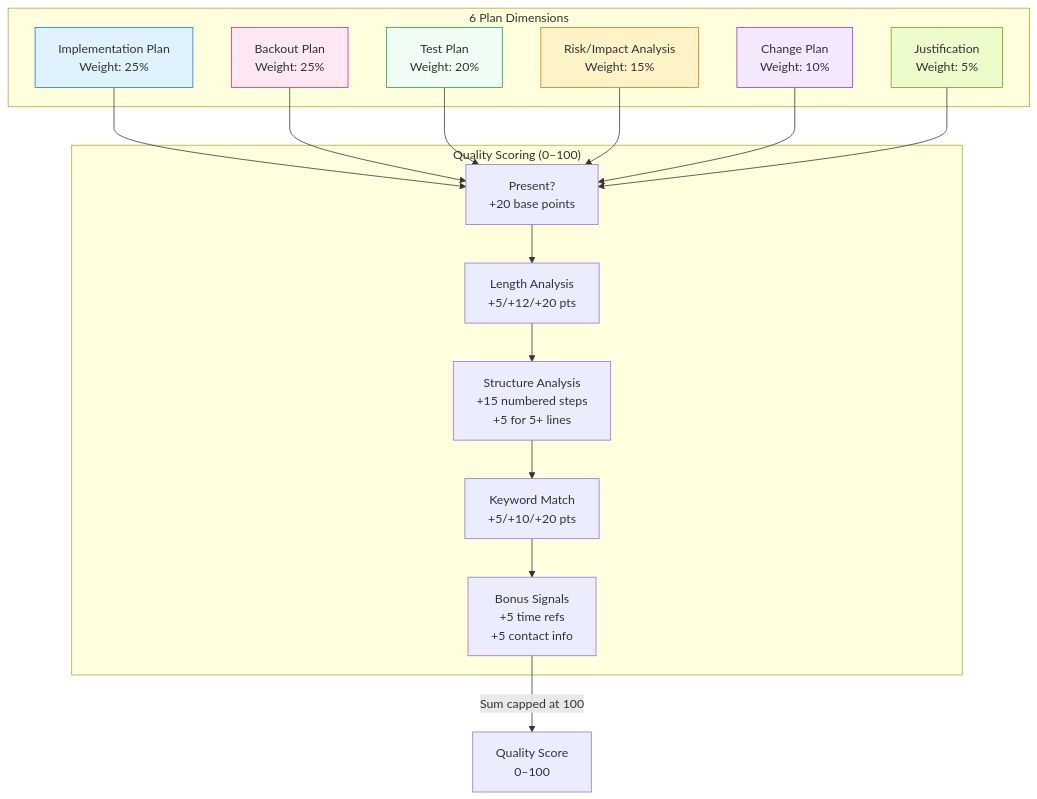
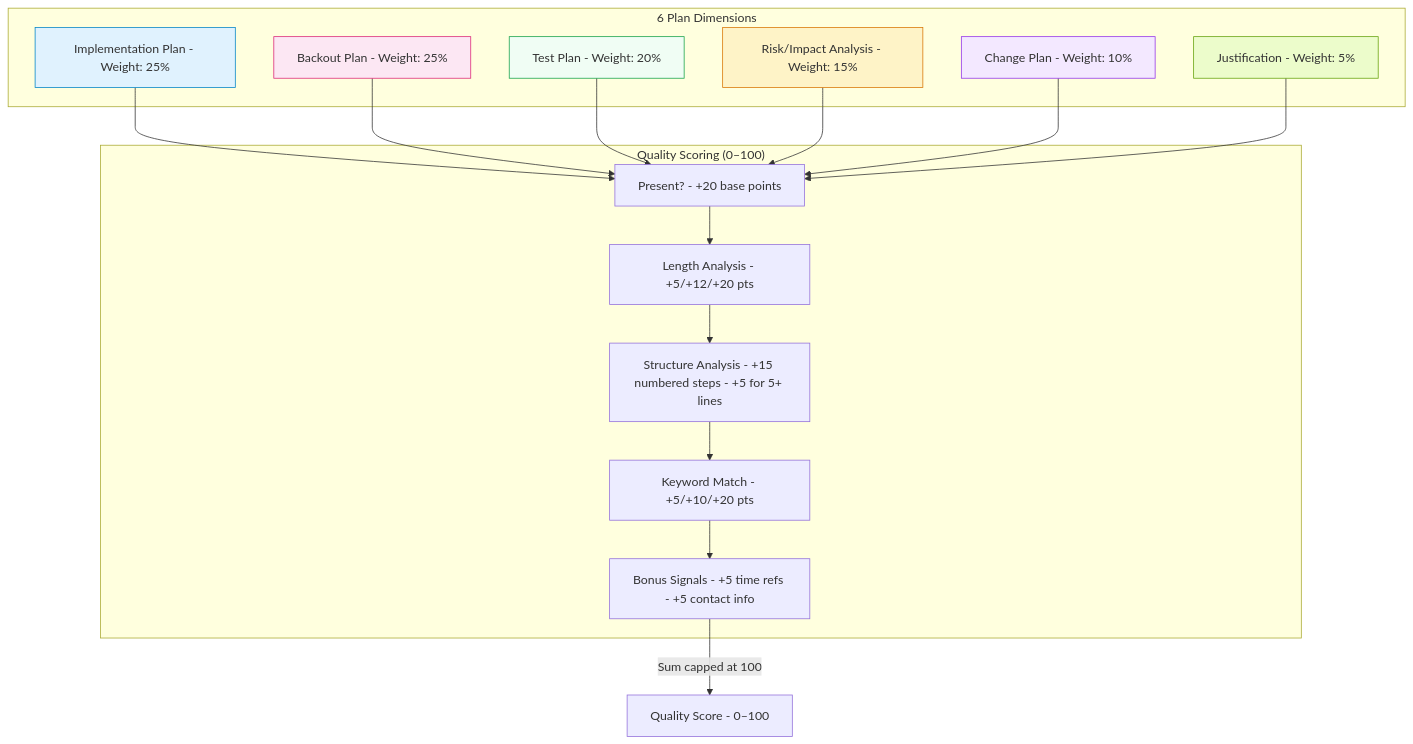
The fourth of 9 diagrams in docs/IMPACT_ANALYSIS.md (jj-shen99/changefabric), drawn with Mermaid before and after one commit. The commit also changed other lines of this file and 10 other files, not shown here.

First line of the commit message:
Fix Mermaid syntax errors, update all docs to v1.3.0

````diff
--- a/docs/IMPACT_ANALYSIS.md
+++ b/docs/IMPACT_ANALYSIS.md
@@ -202,37 +202,37 @@
 ```mermaid
 graph TB
     subgraph "6 Plan Dimensions"
-        IP["Implementation Plan<br/>Weight: 25%"]
-        BP["Backout Plan<br/>Weight: 25%"]
-        TP["Test Plan<br/>Weight: 20%"]
-        RA["Risk/Impact Analysis<br/>Weight: 15%"]
-        CP["Change Plan<br/>Weight: 10%"]
-        JU["Justification<br/>Weight: 5%"]
+        IP["Implementation Plan - Weight: 25%"]
+        BP["Backout Plan - Weight: 25%"]
+        TP["Test Plan - Weight: 20%"]
+        RA["Risk/Impact Analysis - Weight: 15%"]
+        CP["Change Plan - Weight: 10%"]
+        JU["Justification - Weight: 5%"]
     end
 
     subgraph "Quality Scoring (0–100)"
-        PR["Present?<br/>+20 base points"]
-        LN["Length Analysis<br/>+5/+12/+20 pts"]
-        ST["Structure Analysis<br/>+15 numbered steps<br/>+5 for 5+ lines"]
-        KW["Keyword Match<br/>+5/+10/+20 pts"]
-        BN["Bonus Signals<br/>+5 time refs<br/>+5 contact info"]
+        PR["Present? - +20 base points"]
+        LN["Length Analysis - +5/+12/+20 pts"]
+        ST["Structure Analysis - +15 numbered steps - +5 for 5+ lines"]
+        KW["Keyword Match - +5/+10/+20 pts"]
+        BN["Bonus Signals - +5 time refs - +5 contact info"]
     end
 
     IP --> PR
     BP --> PR
     TP --> PR
     RA --> PR
     CP --> PR
     JU --> PR
 
     PR --> LN --> ST --> KW --> BN
 
-    BN --> |"Sum capped at 100"| QS[Quality Score<br/>0–100]
+    BN --> |"Sum capped at 100"| QS[Quality Score - 0–100]
 
     style IP fill:#e0f2fe,stroke:#0284c7
     style BP fill:#fce7f3,stroke:#db2777
     style TP fill:#f0fdf4,stroke:#16a34a
     style RA fill:#fef3c7,stroke:#d97706
     style CP fill:#f3e8ff,stroke:#9333ea
     style JU fill:#ecfccb,stroke:#65a30d
 ```
````
